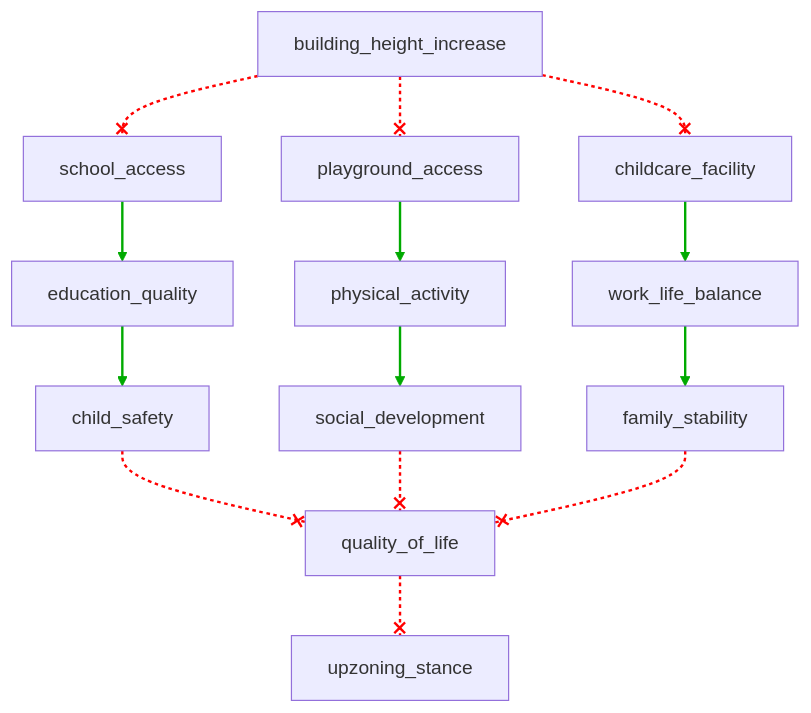
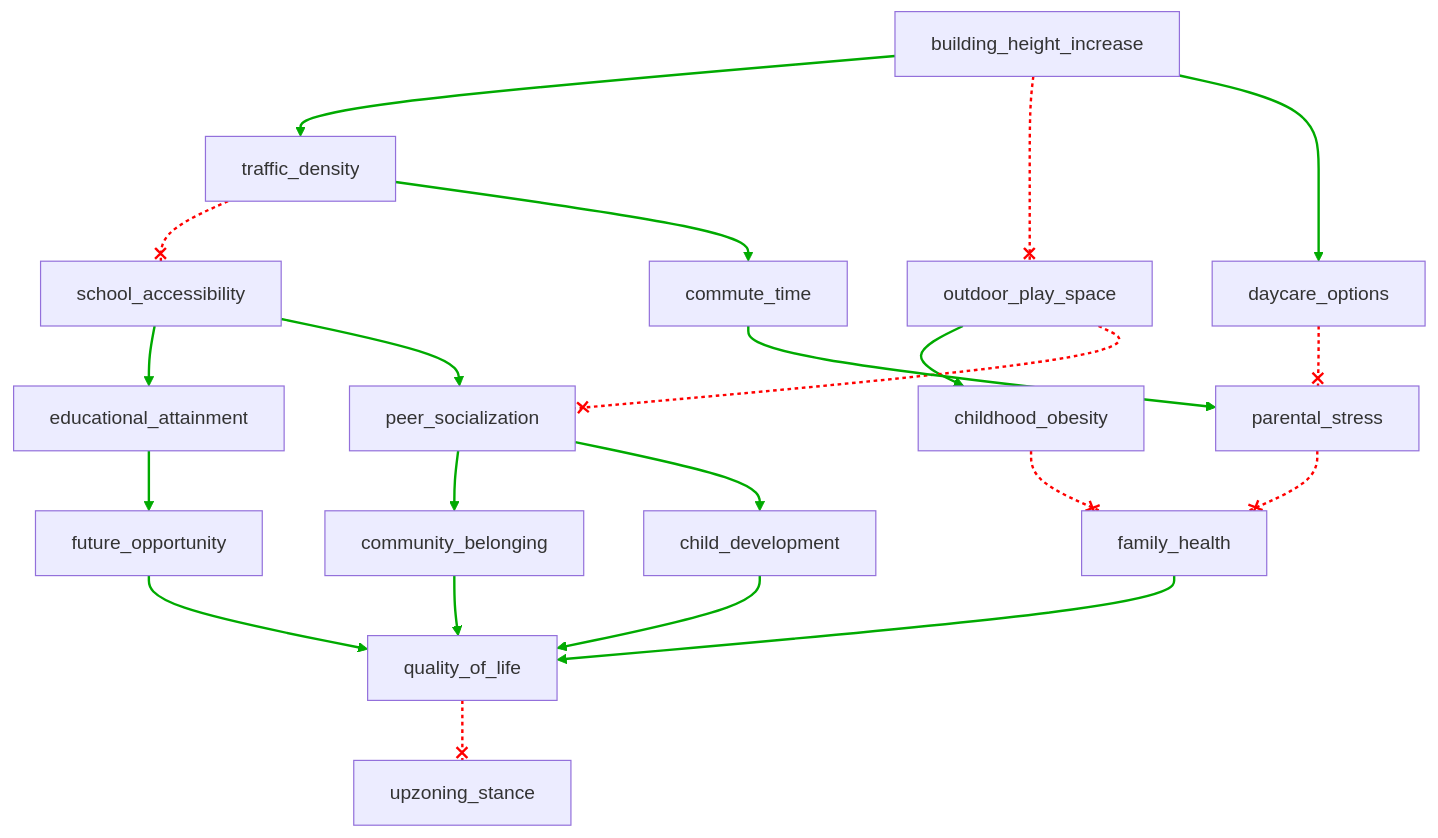
Before and after one commit to jajamoa/generative-minds: the diagram in data/samples/sample_4.mmd, drawn with Mermaid. The commit also changed 29 other files, not shown here.

````diff
--- a/data/samples/sample_4.mmd
+++ b/data/samples/sample_4.mmd
@@ -1,41 +1,61 @@
 ```mermaid
 flowchart TD
     n1[building_height_increase]
-    n2[school_access]
-    n3[playground_access]
-    n4[childcare_facility]
-    n5[education_quality]
-    n6[physical_activity]
-    n7[work_life_balance]
-    n8[child_safety]
-    n9[social_development]
-    n10[family_stability]
-    n11[quality_of_life]
-    n12[upzoning_stance]
-    n1 --x n2
-    n1 --x n3
+    n2[traffic_density]
+    n4[outdoor_play_space]
+    n7[daycare_options]
+    n3[school_accessibility]
+    n5[commute_time]
+    n9[childhood_obesity]
+    n8[educational_attainment]
+    n10[peer_socialization]
+    n6[parental_stress]
+    n11[future_opportunity]
+    n12[community_belonging]
+    n14[child_development]
+    n13[family_health]
+    n15[quality_of_life]
+    n16[upzoning_stance]
+    n1 --> n2
     n1 --x n4
+    n1 --> n7
+    n2 --x n3
     n2 --> n5
-    n3 --> n6
-    n4 --> n7
-    n5 --> n8
-    n6 --> n9
-    n7 --> n10
-    n8 --x n11
-    n9 --x n11
-    n10 --x n11
-    n11 --x n12
-    linkStyle 0 stroke:#FF0000,stroke-dasharray:3,stroke-width:2px
+    n3 --> n8
+    n3 --> n10
+    n4 --> n9
+    n4 --x n10
+    n5 --> n6
+    n6 --x n13
+    n7 --x n6
+    n8 --> n11
+    n9 --x n13
+    n10 --> n12
+    n10 --> n14
+    n11 --> n15
+    n12 --> n15
+    n13 --> n15
+    n14 --> n15
+    n15 --x n16
+    linkStyle 0 stroke:#00AA00,stroke-width:2px
     linkStyle 1 stroke:#FF0000,stroke-dasharray:3,stroke-width:2px
-    linkStyle 2 stroke:#FF0000,stroke-dasharray:3,stroke-width:2px
-    linkStyle 3 stroke:#00AA00,stroke-width:2px
+    linkStyle 2 stroke:#00AA00,stroke-width:2px
+    linkStyle 3 stroke:#FF0000,stroke-dasharray:3,stroke-width:2px
     linkStyle 4 stroke:#00AA00,stroke-width:2px
     linkStyle 5 stroke:#00AA00,stroke-width:2px
     linkStyle 6 stroke:#00AA00,stroke-width:2px
     linkStyle 7 stroke:#00AA00,stroke-width:2px
-    linkStyle 8 stroke:#00AA00,stroke-width:2px
-    linkStyle 9 stroke:#FF0000,stroke-dasharray:3,stroke-width:2px
+    linkStyle 8 stroke:#FF0000,stroke-dasharray:3,stroke-width:2px
+    linkStyle 9 stroke:#00AA00,stroke-width:2px
     linkStyle 10 stroke:#FF0000,stroke-dasharray:3,stroke-width:2px
     linkStyle 11 stroke:#FF0000,stroke-dasharray:3,stroke-width:2px
-    linkStyle 12 stroke:#FF0000,stroke-dasharray:3,stroke-width:2px
+    linkStyle 12 stroke:#00AA00,stroke-width:2px
+    linkStyle 13 stroke:#FF0000,stroke-dasharray:3,stroke-width:2px
+    linkStyle 14 stroke:#00AA00,stroke-width:2px
+    linkStyle 15 stroke:#00AA00,stroke-width:2px
+    linkStyle 16 stroke:#00AA00,stroke-width:2px
+    linkStyle 17 stroke:#00AA00,stroke-width:2px
+    linkStyle 18 stroke:#00AA00,stroke-width:2px
+    linkStyle 19 stroke:#00AA00,stroke-width:2px
+    linkStyle 20 stroke:#FF0000,stroke-dasharray:3,stroke-width:2px
 ```
````
